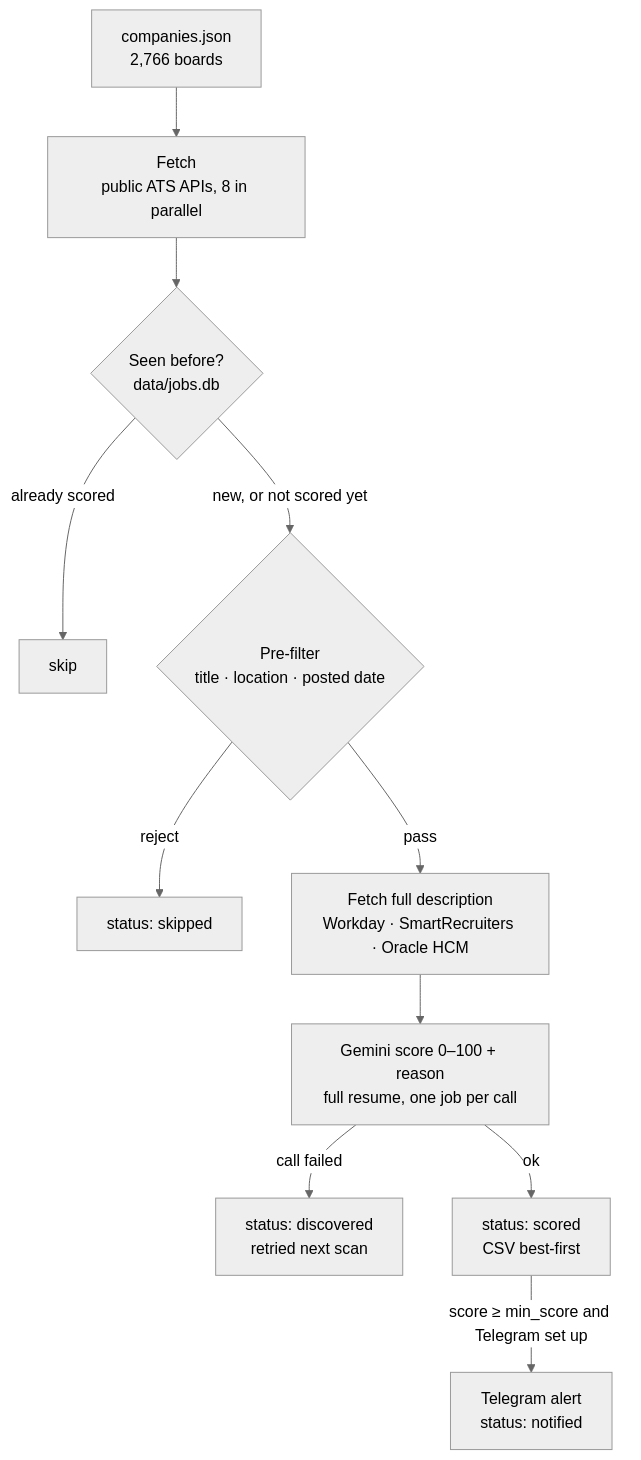
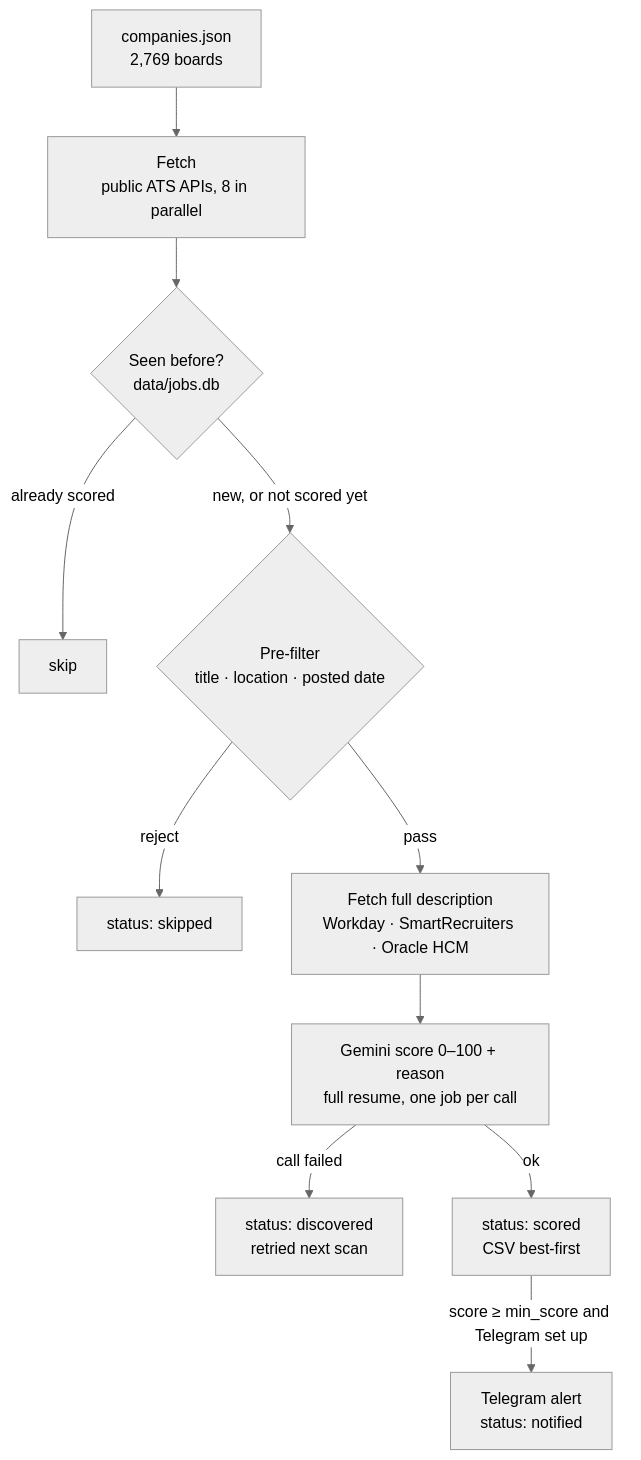
One commit to Manish814142/rolesight changed the diagram in README.md. Above: the diagram before and after it, drawn with Mermaid (neutral theme). The commit also changed other lines of this file and 8 other files, not shown here.

````diff
--- a/README.md
+++ b/README.md
@@ -86,13 +86,13 @@
 ```mermaid
 flowchart TD
-    C["companies.json<br/>2,766 boards"] --> F["Fetch<br/>public ATS APIs, 8 in parallel"]
+    C["companies.json<br/>2,769 boards"] --> F["Fetch<br/>public ATS APIs, 8 in parallel"]
     F --> D{"Seen before?<br/>data/jobs.db"}
     D -- "already scored" --> X["skip"]
     D -- "new, or not scored yet" --> P{"Pre-filter<br/>title · location · posted date"}
     P -- reject --> S["status: skipped"]
     P -- pass --> E["Fetch full description<br/>Workday · SmartRecruiters · Oracle HCM"]
     E --> G["Gemini score 0–100 + reason<br/>full resume, one job per call"]
     G -- "call failed" --> R["status: discovered<br/>retried next scan"]
     G -- ok --> O["status: scored<br/>CSV best-first"]
     O -- "score ≥ min_score and Telegram set up" --> T["Telegram alert<br/>status: notified"]
 ```
````
